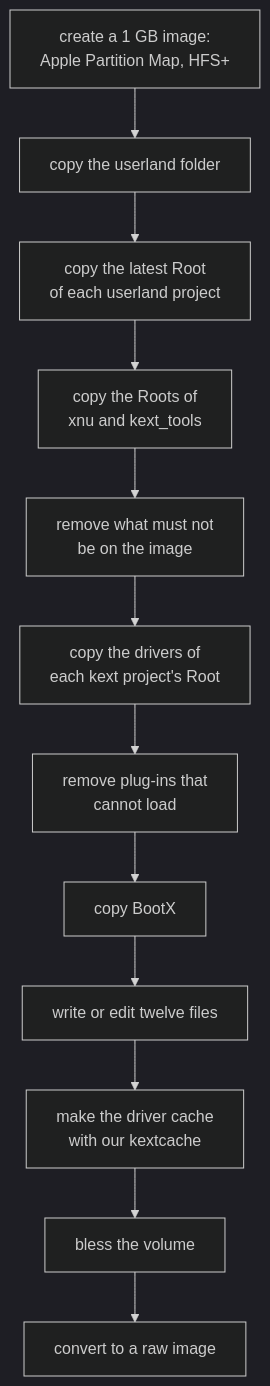
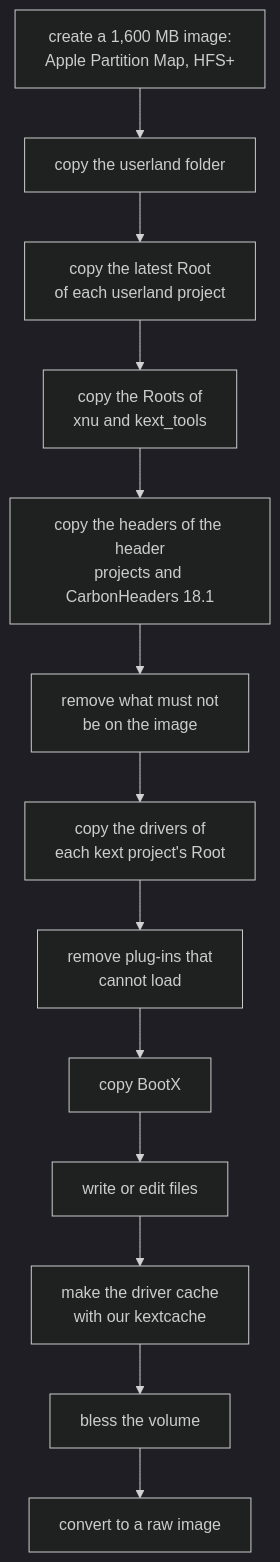
One commit to nyg/PowerDarwin changed the diagram in docs/src/method/making-the-image.md. Above: the diagram before and after it, drawn with Mermaid (dark theme). The commit also changed other lines of this file and 16 other files, not shown here.

````diff
--- a/docs/src/method/making-the-image.md
+++ b/docs/src/method/making-the-image.md
@@ -17,14 +17,15 @@
 ```mermaid
 flowchart TD
-    A["create a 1 GB image:<br/>Apple Partition Map, HFS+"] --> B["copy the userland folder"]
+    A["create a 1,600 MB image:<br/>Apple Partition Map, HFS+"] --> B["copy the userland folder"]
     B --> C["copy the latest Root<br/>of each userland project"]
     C --> D["copy the Roots of<br/>xnu and kext_tools"]
-    D --> E["remove what must not<br/>be on the image"]
+    D --> D2["copy the headers of the header<br/>projects and CarbonHeaders 18.1"]
+    D2 --> E["remove what must not<br/>be on the image"]
     E --> F["copy the drivers of<br/>each kext project's Root"]
     F --> G["remove plug-ins that<br/>cannot load"]
     G --> H["copy BootX"]
-    H --> I["write or edit twelve files"]
+    H --> I["write or edit files"]
     I --> J["make the driver cache<br/>with our kextcache"]
     J --> K["bless the volume"]
     K --> L["convert to a raw image"]
 ```
````
